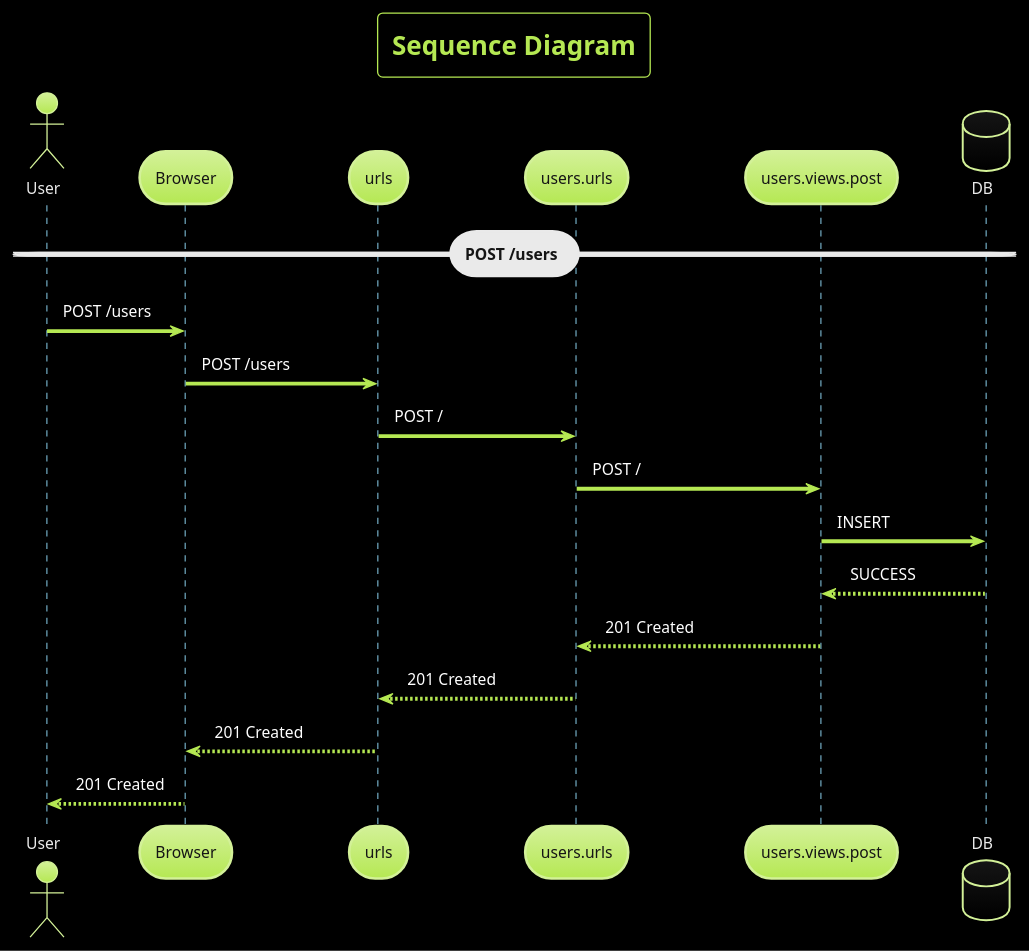
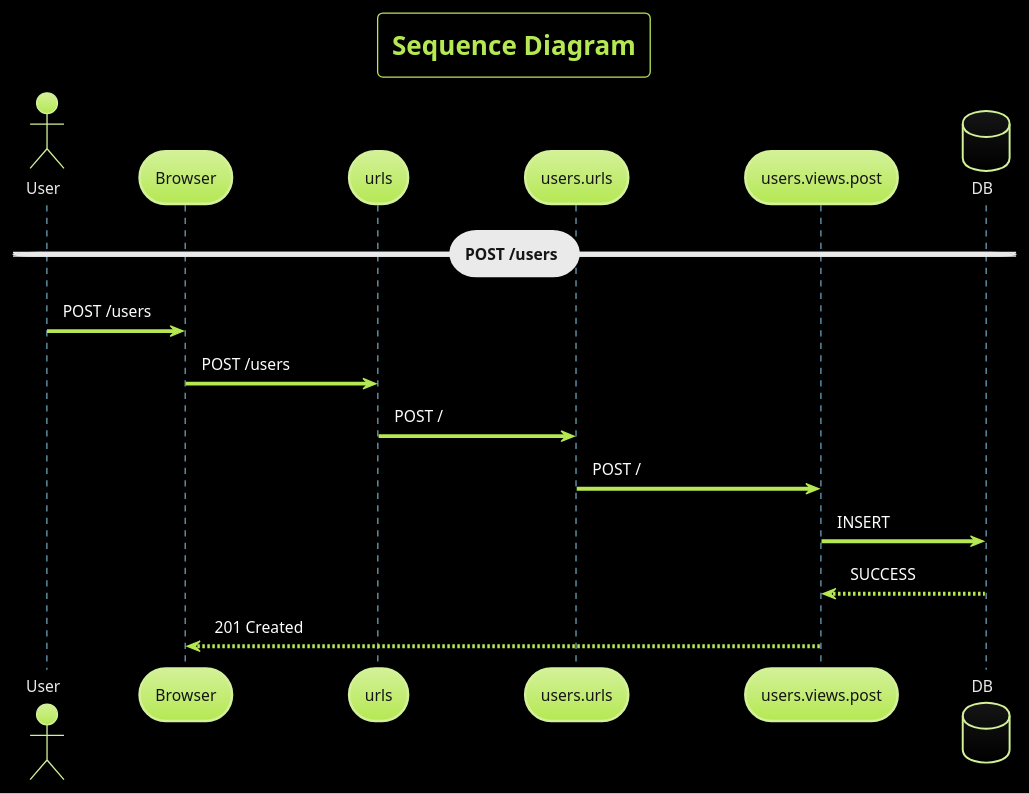
Before and after one commit to AdityaShenoy/FlipCart: the second of 2 diagrams in design.plantuml, drawn with PlantUML.

Commit message:
docs: short circuit the return path

```diff
--- a/design.plantuml
+++ b/design.plantuml
@@ -17,26 +17,23 @@
 @startuml sequence_diagram
 
     !theme hacker
     skinparam BackgroundColor black
     title "Sequence Diagram"
 
     actor User
     participant Browser
     participant urls
     participant users.urls
     participant users.views.post
     database DB
 
     == POST /users ==
     User             ->  Browser          : POST /users
     Browser          ->  urls             : POST /users
     urls             ->  users.urls       : POST /
     users.urls       ->  users.views.post : POST /
     users.views.post ->  DB               : INSERT
     users.views.post <-- DB               : SUCCESS
-    users.urls       <-- users.views.post : 201 Created
-    urls             <-- users.urls       : 201 Created
-    Browser          <-- urls             : 201 Created
-    User             <-- Browser          : 201 Created
+    Browser          <-- users.views.post : 201 Created
 
 @enduml
```
